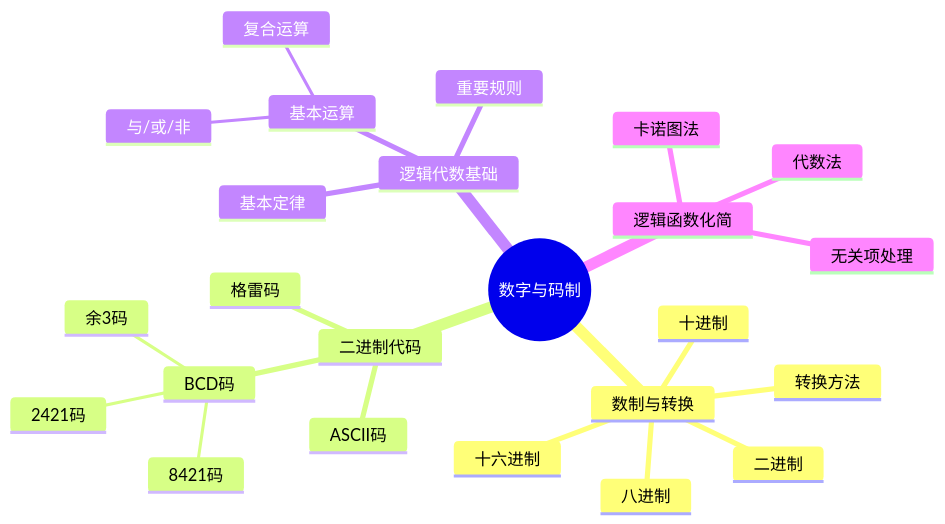
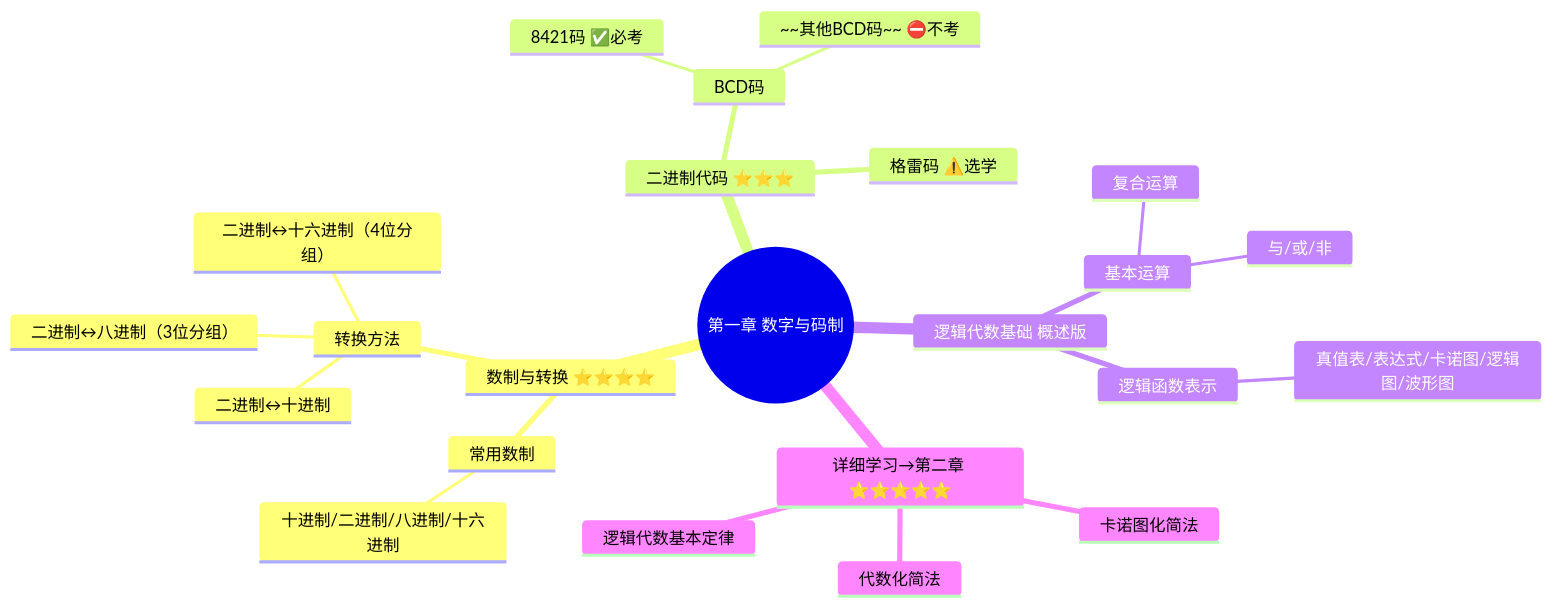
One commit to Treasoni/kaoyan changed the diagram in 考研专业课/数字电子技术/1-数字与码制/📝 章节总结.md. Above: the diagram before and after it, drawn with Mermaid. The commit also changed other lines of this file, not shown here.

````diff
--- a/考研专业课/数字电子技术/1-数字与码制/📝 章节总结.md
+++ b/考研专业课/数字电子技术/1-数字与码制/📝 章节总结.md
@@ -20,27 +20,26 @@
 ```mermaid
 mindmap
-  root((数字与码制))
-    数制与转换
-      十进制
-      二进制
-      八进制
-      十六进制
+  root((第一章 数字与码制))
+    数制与转换 ⭐⭐⭐⭐
+      常用数制
+        十进制/二进制/八进制/十六进制
       转换方法
-    二进制代码
+        二进制↔十进制
+        二进制↔八进制（3位分组）
+        二进制↔十六进制（4位分组）
+    二进制代码 ⭐⭐⭐
       BCD码
-        8421码
-        2421码
-        余3码
-      ASCII码
-      格雷码
-    逻辑代数基础
+        8421码 ✅必考
+        ~~其他BCD码~~ ⛔不考
+      格雷码 ⚠️选学
+    逻辑代数基础 概述版
       基本运算
         与/或/非
         复合运算
-      基本定律
-      重要规则
-    逻辑函数化简
-      代数法
-      卡诺图法
-      无关项处理
+      逻辑函数表示
+        真值表/表达式/卡诺图/逻辑图/波形图
+    详细学习→第二章 ⭐⭐⭐⭐⭐
+      逻辑代数基本定律
+      代数化简法
+      卡诺图化简法
 ```
````
